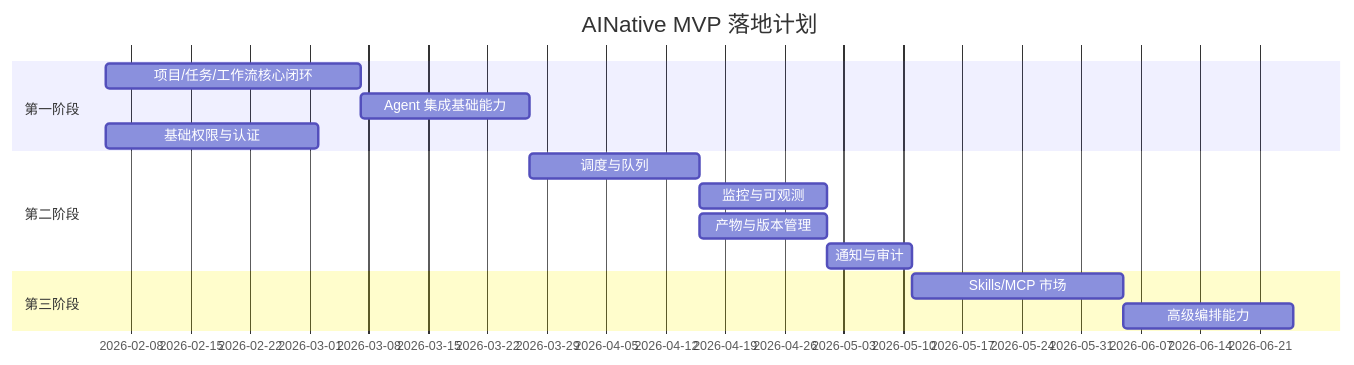
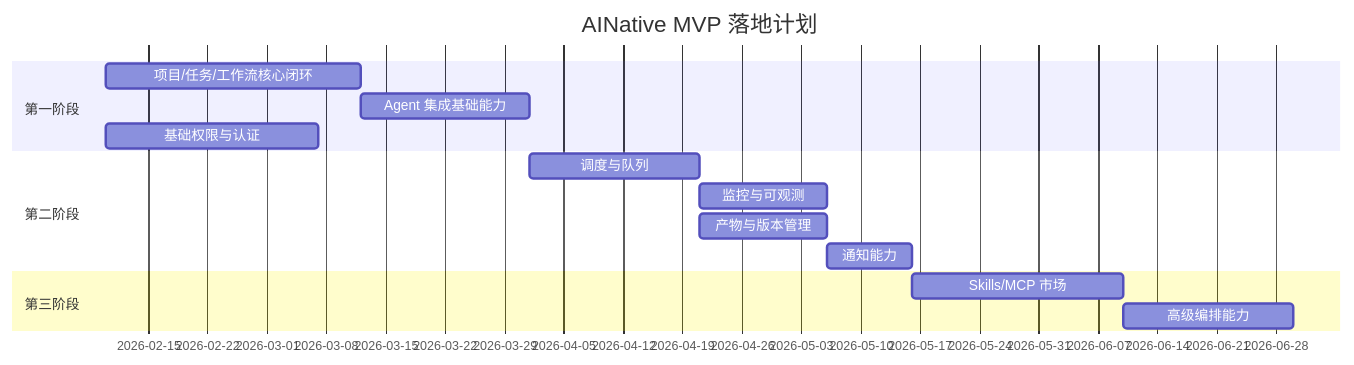
The second of 13 diagrams in docs/ainative-requirement-design.md (Whisper24X/personal), drawn with Mermaid before and after one commit. The commit also changed other lines of this file and 1 other file, not shown here.

````diff
--- a/docs/ainative-requirement-design.md
+++ b/docs/ainative-requirement-design.md
@@ -114,17 +114,17 @@
 ```mermaid
 gantt
     title AINative MVP 落地计划
     dateFormat  YYYY-MM-DD
     section 第一阶段
-    项目/任务/工作流核心闭环    :a1, 2026-02-05, 30d
+    项目/任务/工作流核心闭环    :a1, 2026-02-10, 30d
     Agent 集成基础能力          :a2, after a1, 20d
-    基础权限与认证              :a3, 2026-02-05, 25d
+    基础权限与认证              :a3, 2026-02-10, 25d
     section 第二阶段
     调度与队列                  :b1, after a2, 20d
     监控与可观测                :b2, after b1, 15d
     产物与版本管理              :b3, after b1, 15d
-    通知与审计                  :b4, after b2, 10d
+    通知能力                    :b4, after b2, 10d
     section 第三阶段
     Skills/MCP 市场             :c1, after b4, 25d
     高级编排能力                :c2, after c1, 20d
 ```
````
